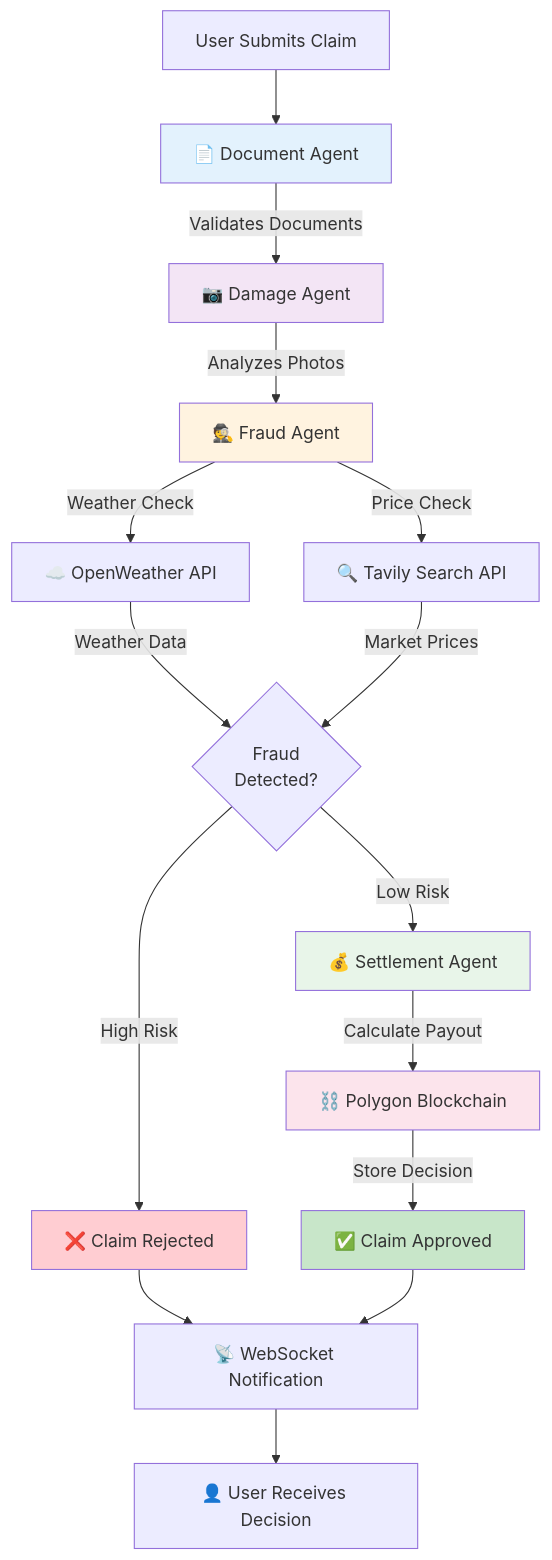
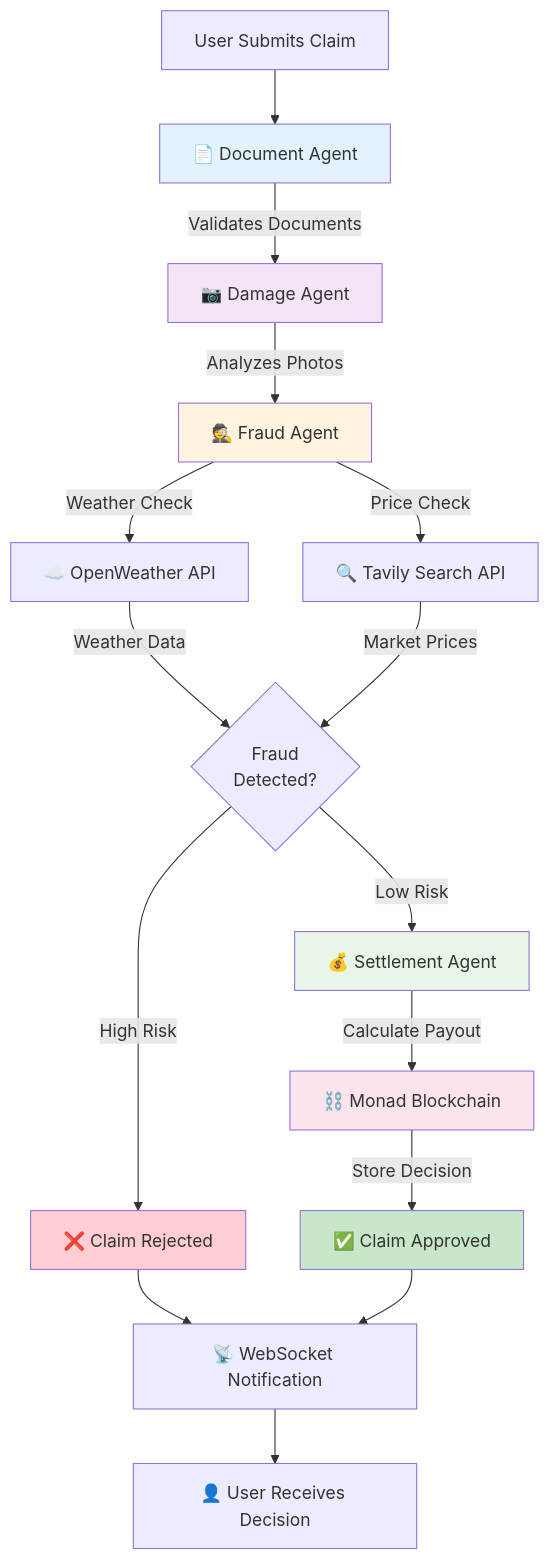
One commit to HORRIDBEAST/DecDemo changed the first of 2 diagrams in README.md. Above: the diagram before and after it, drawn with Mermaid. The commit also changed other lines of this file and 3 other files, not shown here.

````diff
--- a/README.md
+++ b/README.md
@@ -79,31 +95,31 @@
 ```mermaid
 graph TB
     Start[User Submits Claim] --> DocAgent[📄 Document Agent]
     DocAgent -->|Validates Documents| DamageAgent[📷 Damage Agent]
     
     DamageAgent -->|Analyzes Photos| FraudAgent[🕵️ Fraud Agent]
     
     FraudAgent -->|Weather Check| WeatherAPI[☁️ OpenWeather API]
     FraudAgent -->|Price Check| TavilyAPI[🔍 Tavily Search API]
     
     WeatherAPI -->|Weather Data| FraudDecision{Fraud<br/>Detected?}
     TavilyAPI -->|Market Prices| FraudDecision
     
     FraudDecision -->|High Risk| Reject[❌ Claim Rejected]
     FraudDecision -->|Low Risk| SettlementAgent[💰 Settlement Agent]
     
-    SettlementAgent -->|Calculate Payout| Blockchain[⛓️ Polygon Blockchain]
+    SettlementAgent -->|Calculate Payout| Blockchain[⛓️ Monad Blockchain]
     Blockchain -->|Store Decision| Approve[✅ Claim Approved]
     
     Reject --> WebSocket[📡 WebSocket Notification]
     Approve --> WebSocket
     WebSocket --> User[👤 User Receives Decision]
     
     style DocAgent fill:#e3f2fd
     style DamageAgent fill:#f3e5f5
     style FraudAgent fill:#fff3e0
     style SettlementAgent fill:#e8f5e9
     style Blockchain fill:#fce4ec
     style Approve fill:#c8e6c9
     style Reject fill:#ffcdd2
 ```
````
